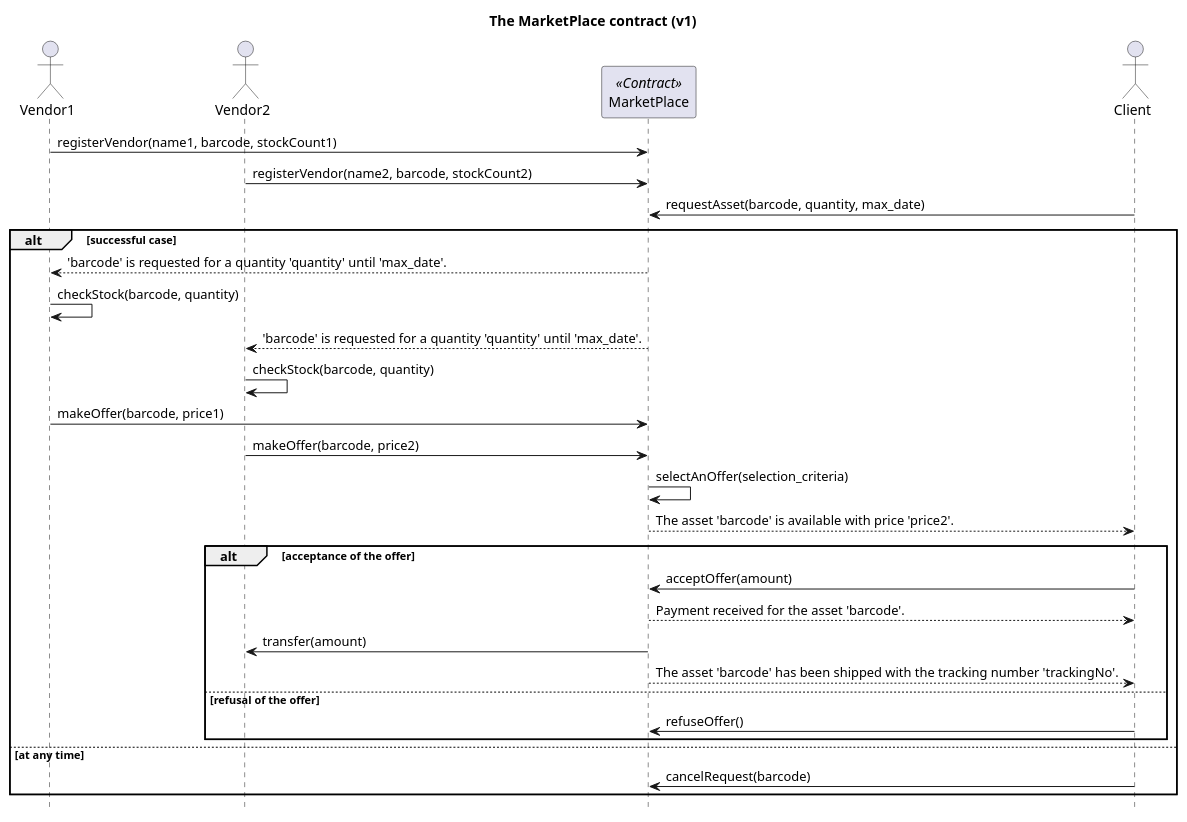
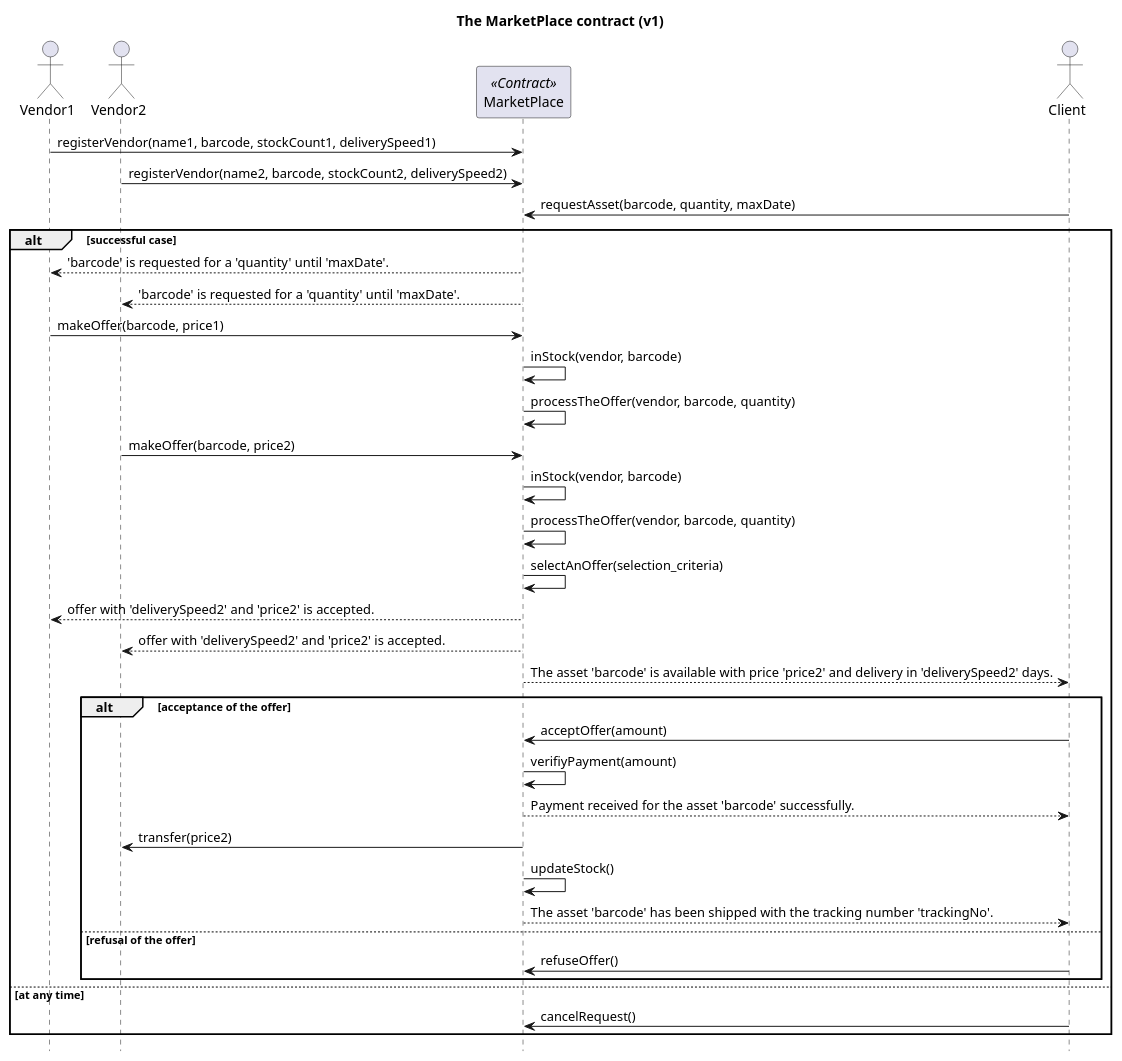
The diagram in ethereum/local-private-network/contracts/04-MarketPlace-v01/sequence_diagram.plantuml (ogurcan/blockchain), drawn with PlantUML before and after one commit.

```diff
--- a/ethereum/local-private-network/contracts/04-MarketPlace-v01/sequence_diagram.plantuml
+++ b/ethereum/local-private-network/contracts/04-MarketPlace-v01/sequence_diagram.plantuml
@@ -1,34 +1,40 @@
 @startuml
 hide footbox
 title The MarketPlace contract (v1)
 
 actor Vendor1
 actor Vendor2
 participant MarketPlace <<Contract>>
 actor Client
 
-Vendor1->MarketPlace : registerVendor(name1, barcode, stockCount1)
-Vendor2->MarketPlace : registerVendor(name2, barcode, stockCount2)
-Client->MarketPlace : requestAsset(barcode, quantity, max_date)
+Vendor1->MarketPlace : registerVendor(name1, barcode, stockCount1, deliverySpeed1)
+Vendor2->MarketPlace : registerVendor(name2, barcode, stockCount2, deliverySpeed2)
+Client->MarketPlace : requestAsset(barcode, quantity, maxDate)
 
 alt successful case
-   MarketPlace-->Vendor1 : 'barcode' is requested for a quantity 'quantity' until 'max_date'.
-   Vendor1->Vendor1 : checkStock(barcode, quantity)
-   MarketPlace-->Vendor2 : 'barcode' is requested for a quantity 'quantity' until 'max_date'.
-   Vendor2->Vendor2 : checkStock(barcode, quantity)
-   Vendor1->MarketPlace : makeOffer(barcode, price1)
+   MarketPlace-->Vendor1 : 'barcode' is requested for a 'quantity' until 'maxDate'.   
+   MarketPlace-->Vendor2 : 'barcode' is requested for a 'quantity' until 'maxDate'.
+   Vendor1->MarketPlace : makeOffer(barcode, price1)   
+   MarketPlace->MarketPlace : inStock(vendor, barcode)
+   MarketPlace->MarketPlace : processTheOffer(vendor, barcode, quantity)
    Vendor2->MarketPlace : makeOffer(barcode, price2)
-   MarketPlace->MarketPlace : selectAnOffer(selection_criteria) 
-   MarketPlace-->Client : The asset 'barcode' is available with price 'price2'. 
+   MarketPlace->MarketPlace : inStock(vendor, barcode)
+   MarketPlace->MarketPlace : processTheOffer(vendor, barcode, quantity)
+   MarketPlace->MarketPlace : selectAnOffer(selection_criteria)
+   MarketPlace-->Vendor1 : offer with 'deliverySpeed2' and 'price2' is accepted.
+   MarketPlace-->Vendor2 : offer with 'deliverySpeed2' and 'price2' is accepted.
+   MarketPlace-->Client : The asset 'barcode' is available with price 'price2' and delivery in 'deliverySpeed2' days. 
    alt acceptance of the offer
       Client->MarketPlace : acceptOffer(amount)
-      MarketPlace-->Client : Payment received for the asset 'barcode'.
-      MarketPlace-> Vendor2: transfer(amount)
+      MarketPlace->MarketPlace : verifiyPayment(amount)
+      MarketPlace-->Client : Payment received for the asset 'barcode' successfully.
+      MarketPlace-> Vendor2: transfer(price2)
+      MarketPlace->MarketPlace : updateStock()
       MarketPlace-->Client : The asset 'barcode' has been shipped with the tracking number 'trackingNo'.
    else refusal of the offer
       Client->MarketPlace : refuseOffer()
    end
 else at any time
-   Client->MarketPlace : cancelRequest(barcode)
+   Client->MarketPlace : cancelRequest()
 end
 @enduml
```
